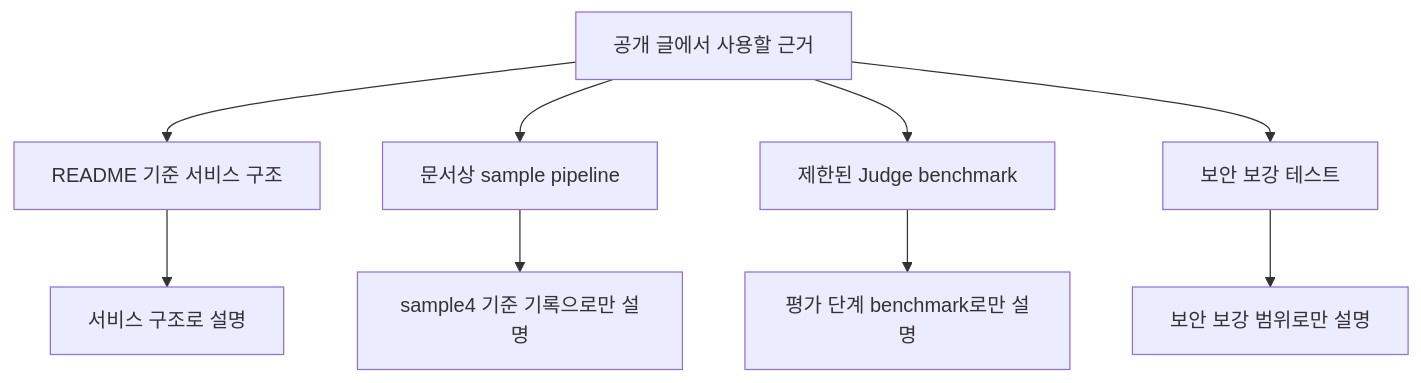
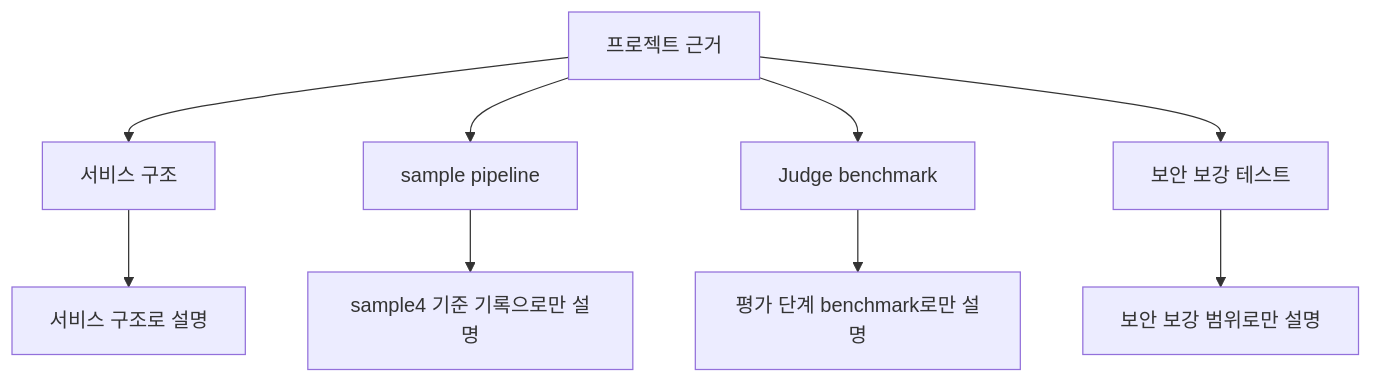
Before and after one commit to figure-2/figure-2.github.io: the third of 3 diagrams in _posts/2025-11-28-project-sesac-note-01-case-study.md, drawn with Mermaid. The commit also changed other lines of this file and 28 other files, not shown here.

````diff
--- a/_posts/2025-11-28-project-sesac-note-01-case-study.md
+++ b/_posts/2025-11-28-project-sesac-note-01-case-study.md
@@ -107,11 +101,11 @@
 ```mermaid
 flowchart TB
-    A[공개 글에서 사용할 근거] --> B[README 기준 서비스 구조]
-    A --> C[문서상 sample pipeline]
-    A --> D[제한된 Judge benchmark]
+    A[프로젝트 근거] --> B[서비스 구조]
+    A --> C[sample pipeline]
+    A --> D[Judge benchmark]
     A --> E[보안 보강 테스트]
     B --> F[서비스 구조로 설명]
     C --> G[sample4 기준 기록으로만 설명]
     D --> H[평가 단계 benchmark로만 설명]
     E --> I[보안 보강 범위로만 설명]
 ```
````
